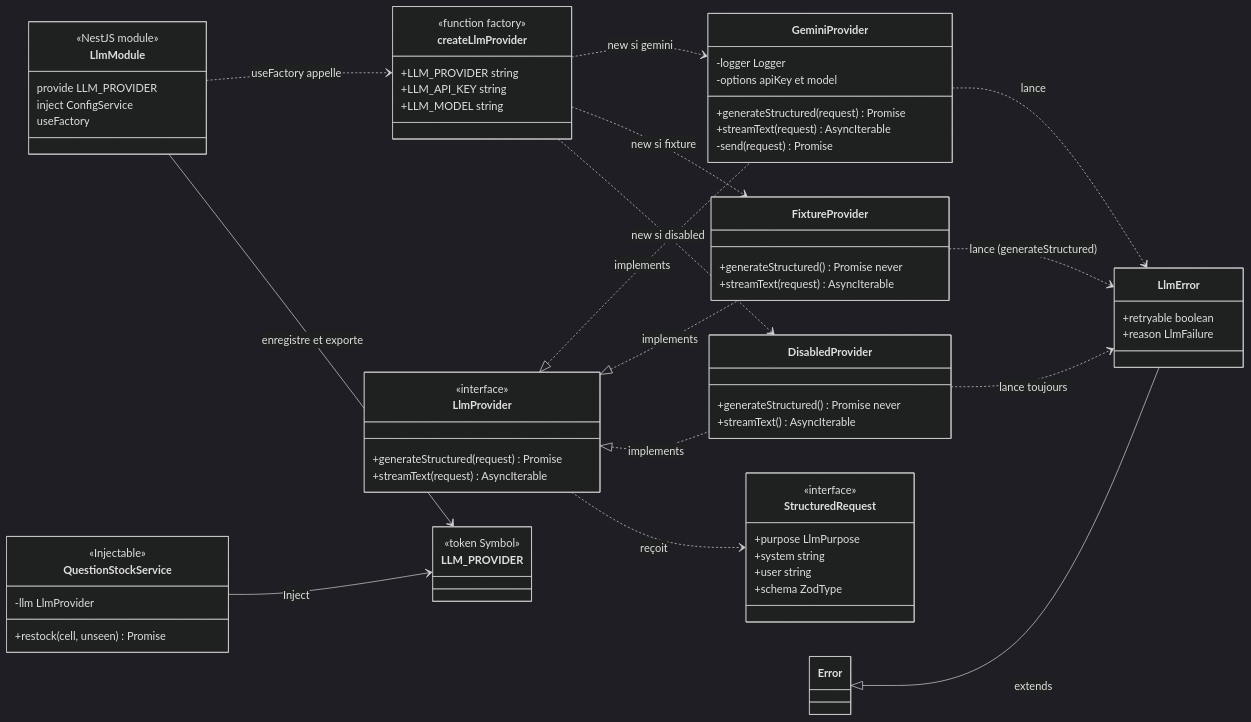
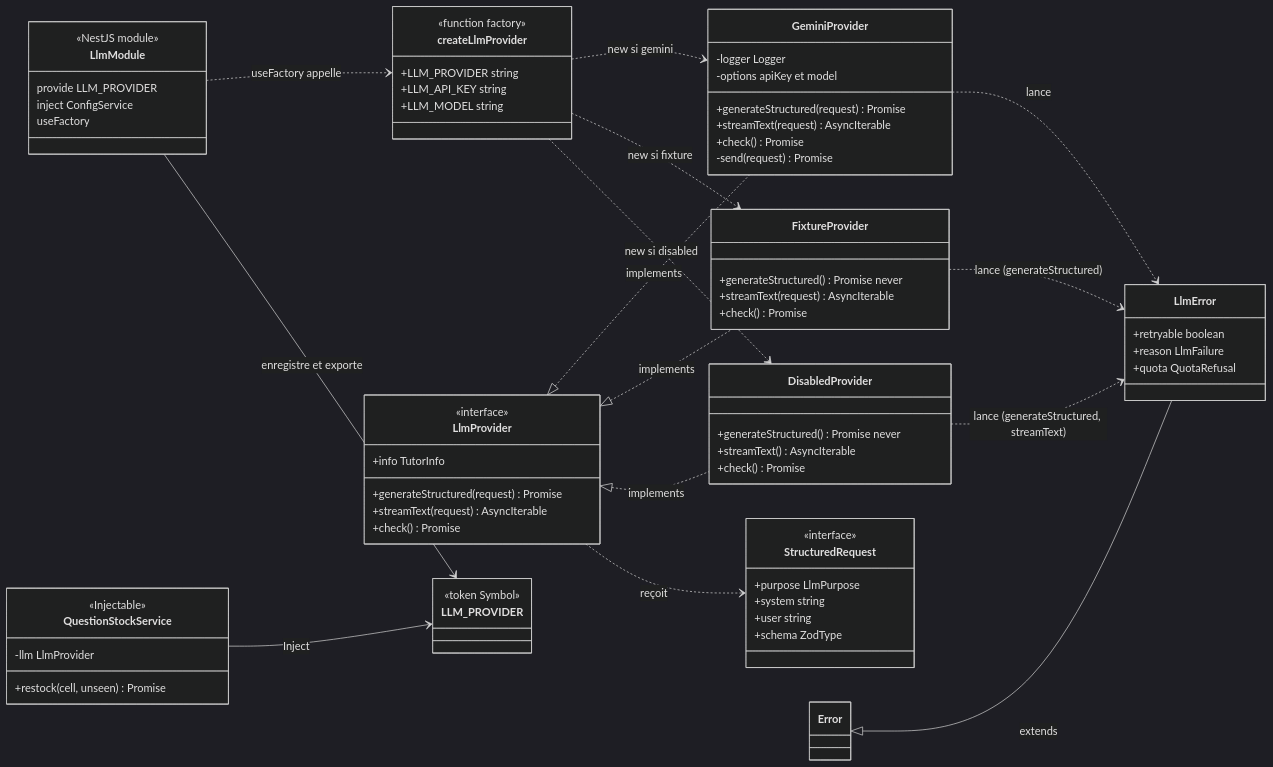
The first of 3 diagrams in docs/transcendence-course/endrit/llm-question-generation/providers.md (VictorBro/ft_transcendence), drawn with Mermaid (dark theme) before and after one commit. The commit also changed other lines of this file and 223 other files, not shown here.

First line of the commit message:
feat: friend request count, password toggle, tutor key check, demo learners, deploy fixes (#237)

```diff
--- a/docs/transcendence-course/endrit/llm-question-generation/providers.md
+++ b/docs/transcendence-course/endrit/llm-question-generation/providers.md
@@ -32,8 +32,10 @@
 
   class LlmProvider {
     <<interface>>
+    +info TutorInfo
     +generateStructured(request) Promise
     +streamText(request) AsyncIterable
+    +check() Promise
   }
 
   class StructuredRequest {
@@ -49,22 +51,26 @@
     -options apiKey et model
     +generateStructured(request) Promise
     +streamText(request) AsyncIterable
+    +check() Promise
     -send(request) Promise
   }
 
   class FixtureProvider {
     +generateStructured() Promise never
     +streamText(request) AsyncIterable
+    +check() Promise
   }
 
   class DisabledProvider {
     +generateStructured() Promise never
     +streamText() AsyncIterable
+    +check() Promise
   }
 
   class LlmError {
     +retryable boolean
     +reason LlmFailure
+    +quota QuotaRefusal
   }
 
   class Error
@@ -96,7 +102,7 @@
   Error <|-- LlmError : extends
   GeminiProvider ..> LlmError : lance
   FixtureProvider ..> LlmError : lance (generateStructured)
-  DisabledProvider ..> LlmError : lance toujours
+  DisabledProvider ..> LlmError : lance (generateStructured, streamText)
   createLlmProvider ..> GeminiProvider : new si gemini
   createLlmProvider ..> FixtureProvider : new si fixture
   createLlmProvider ..> DisabledProvider : new si disabled
```
